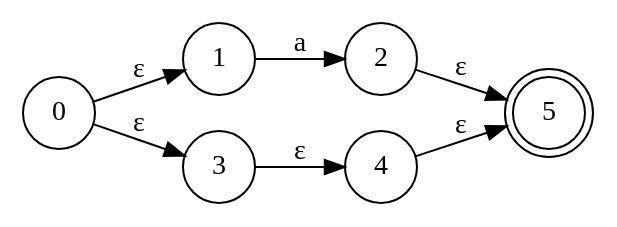
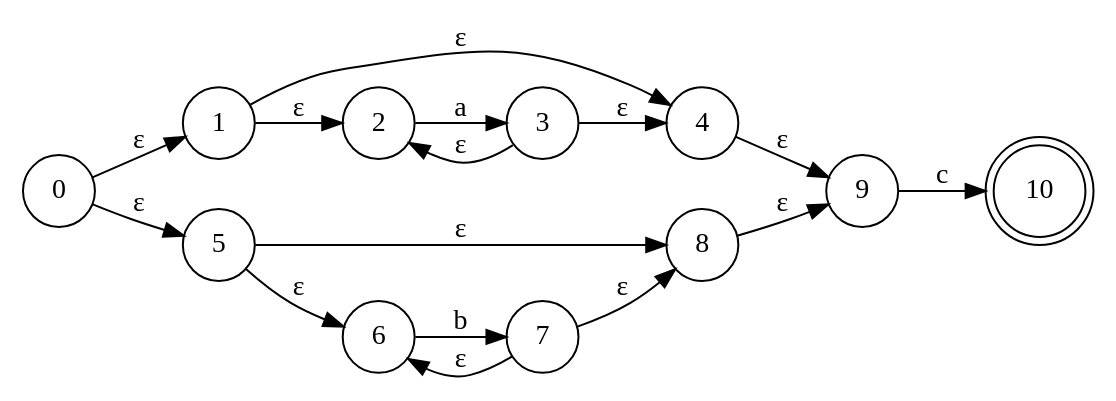
One commit to JoseGon20335/labC-lenguajes changed the diagram in AFN.gv. Above: the diagram before and after it, drawn with Graphviz. The commit also changed 20 other files, not shown here.

```diff
--- a/AFN.gv
+++ b/AFN.gv
@@ -1,16 +1,30 @@
 // resultado
 digraph AFN {
 	graph [rankdir=LR]
-	1952709987200 [label=0 shape=circle]
-	1952709990704 [label=5 shape=doublecircle]
-	1952709989984 [label=1 shape=circle]
-	1952709987824 [label=2 shape=circle]
-	1952709990320 [label=3 shape=circle]
-	1952709990416 [label=4 shape=circle]
-	1952709987200 -> 1952709989984 [label="ε"]
-	1952709987200 -> 1952709990320 [label="ε"]
-	1952709989984 -> 1952709987824 [label=a]
-	1952709987824 -> 1952709990704 [label="ε"]
-	1952709990320 -> 1952709990416 [label="ε"]
-	1952709990416 -> 1952709990704 [label="ε"]
+	1594047706544 [label=0 shape=circle]
+	1594047705632 [label=1 shape=circle]
+	1594047707120 [label=4 shape=circle]
+	1594047707072 [label=2 shape=circle]
+	1594047706832 [label=3 shape=circle]
+	1594047707600 [label=5 shape=circle]
+	1594047708176 [label=8 shape=circle]
+	1594047707792 [label=6 shape=circle]
+	1594047707888 [label=7 shape=circle]
+	1594047705152 [label=9 shape=circle]
+	1594047708848 [label=10 shape=doublecircle]
+	1594047706544 -> 1594047705632 [label="ε"]
+	1594047706544 -> 1594047707600 [label="ε"]
+	1594047705632 -> 1594047707072 [label="ε"]
+	1594047705632 -> 1594047707120 [label="ε"]
+	1594047707120 -> 1594047705152 [label="ε"]
+	1594047707072 -> 1594047706832 [label=a]
+	1594047706832 -> 1594047707120 [label="ε"]
+	1594047706832 -> 1594047707072 [label="ε"]
+	1594047707600 -> 1594047707792 [label="ε"]
+	1594047707600 -> 1594047708176 [label="ε"]
+	1594047708176 -> 1594047705152 [label="ε"]
+	1594047707792 -> 1594047707888 [label=b]
+	1594047707888 -> 1594047708176 [label="ε"]
+	1594047707888 -> 1594047707792 [label="ε"]
+	1594047705152 -> 1594047708848 [label=c]
 }
```
